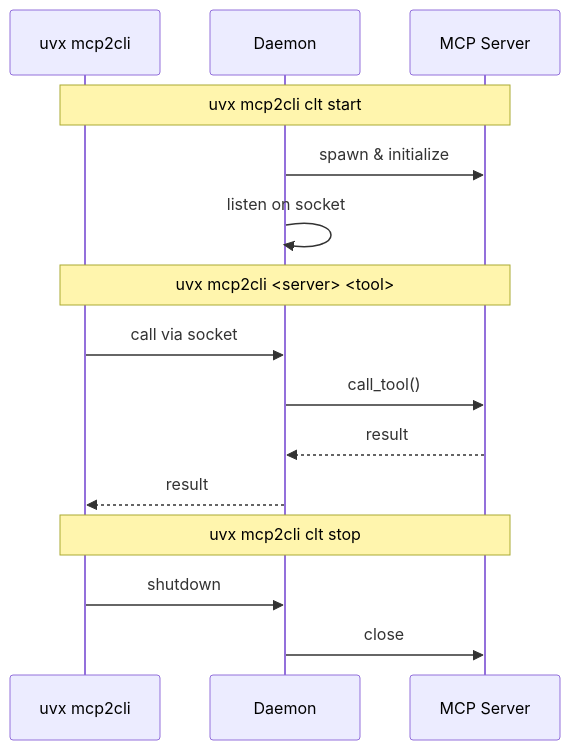
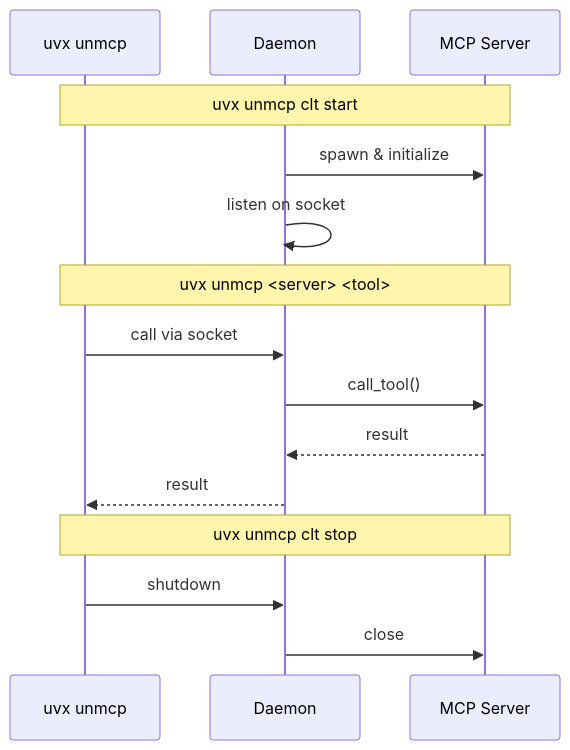
Before and after one commit to Am1n3e/unmcp: the second of 2 diagrams in README.md, drawn with Mermaid. The commit also changed other lines of this file and 26 other files, not shown here.

Commit message:
Rename project from mcp2cli to unmcp (#6)

````diff
--- a/README.md
+++ b/README.md
@@ -92,20 +92,20 @@
 ```mermaid
 sequenceDiagram
-    participant CLI as uvx mcp2cli
+    participant CLI as uvx unmcp
     participant D as Daemon
     participant MCP as MCP Server
 
-    Note over CLI,MCP: uvx mcp2cli clt start
+    Note over CLI,MCP: uvx unmcp clt start
     D->>MCP: spawn & initialize
     D->>D: listen on socket
 
-    Note over CLI,MCP: uvx mcp2cli <server> <tool>
+    Note over CLI,MCP: uvx unmcp <server> <tool>
     CLI->>D: call via socket
     D->>MCP: call_tool()
     MCP-->>D: result
     D-->>CLI: result
 
-    Note over CLI,MCP: uvx mcp2cli clt stop
+    Note over CLI,MCP: uvx unmcp clt stop
     CLI->>D: shutdown
     D->>MCP: close
 ```
````
